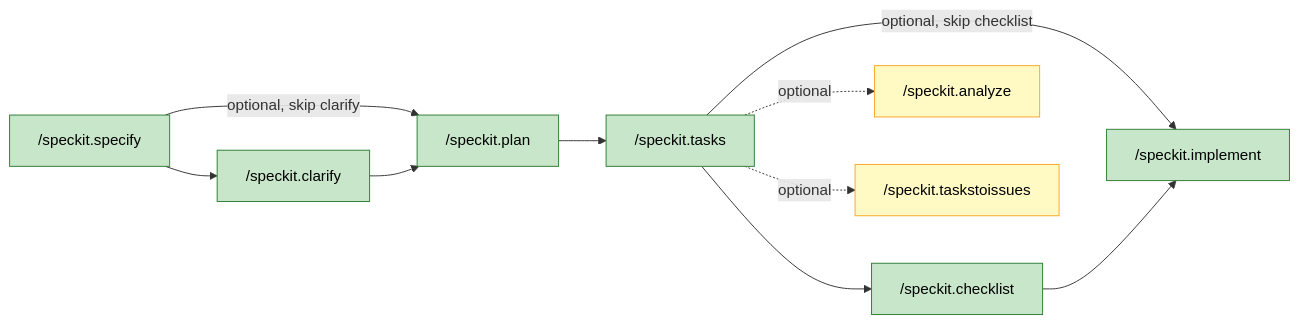
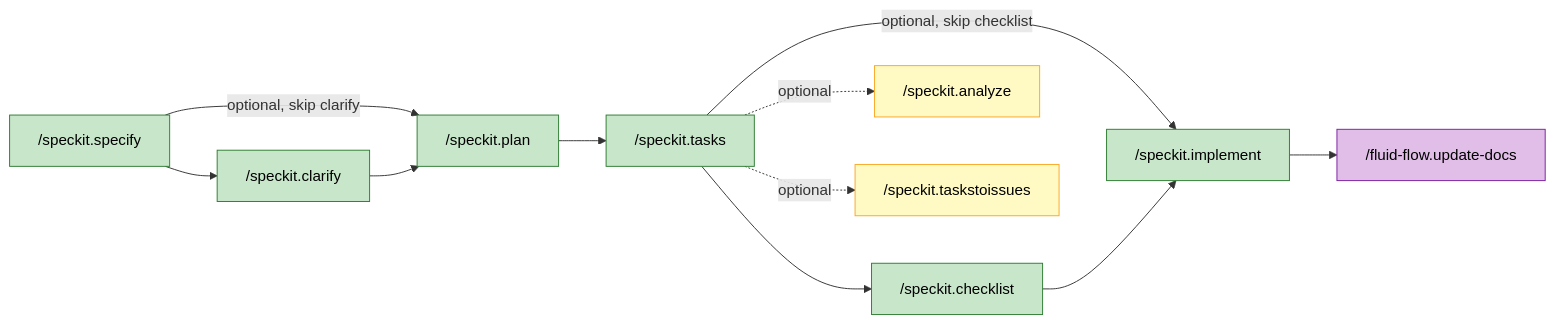
One commit to premkumarjanagarajan/fluid-flow-ai changed the second of 3 diagrams in docs/WORKFLOWS.md. Above: the diagram before and after it, drawn with Mermaid. The commit also changed other lines of this file and 7 other files, not shown here.

````diff
--- a/docs/WORKFLOWS.md
+++ b/docs/WORKFLOWS.md
@@ -145,22 +148,24 @@
 ```mermaid
 flowchart LR
     S1["/speckit.specify"] --> S2["/speckit.clarify"]
     S1 -->|"optional, skip clarify"| S3
     S2 --> S3["/speckit.plan"]
     S3 --> S4["/speckit.tasks"]
     S4 --> S5["/speckit.checklist"]
     S4 -->|"optional, skip checklist"| S6
     S5 --> S6["/speckit.implement"]
+    S6 --> S9["/fluid-flow.update-docs"]
 
     S4 -.->|optional| S7["/speckit.analyze"]
     S4 -.->|optional| S8["/speckit.taskstoissues"]
 
     style S1 fill:#C8E6C9,stroke:#2E7D32,color:#000
     style S2 fill:#C8E6C9,stroke:#2E7D32,color:#000
     style S3 fill:#C8E6C9,stroke:#2E7D32,color:#000
     style S4 fill:#C8E6C9,stroke:#2E7D32,color:#000
     style S5 fill:#C8E6C9,stroke:#2E7D32,color:#000
     style S6 fill:#C8E6C9,stroke:#2E7D32,color:#000
     style S7 fill:#FFF9C4,stroke:#F9A825,color:#000
     style S8 fill:#FFF9C4,stroke:#F9A825,color:#000
+    style S9 fill:#E1BEE7,stroke:#7B1FA2,color:#000
 ```
````
